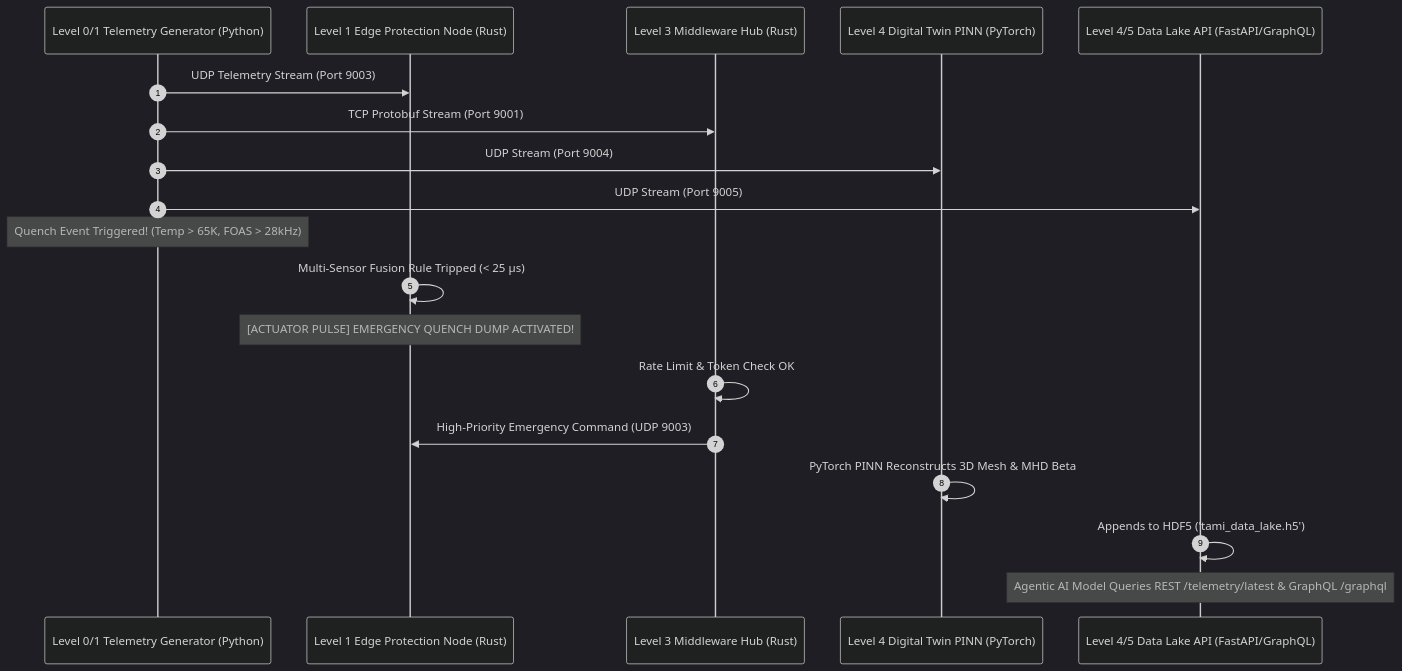
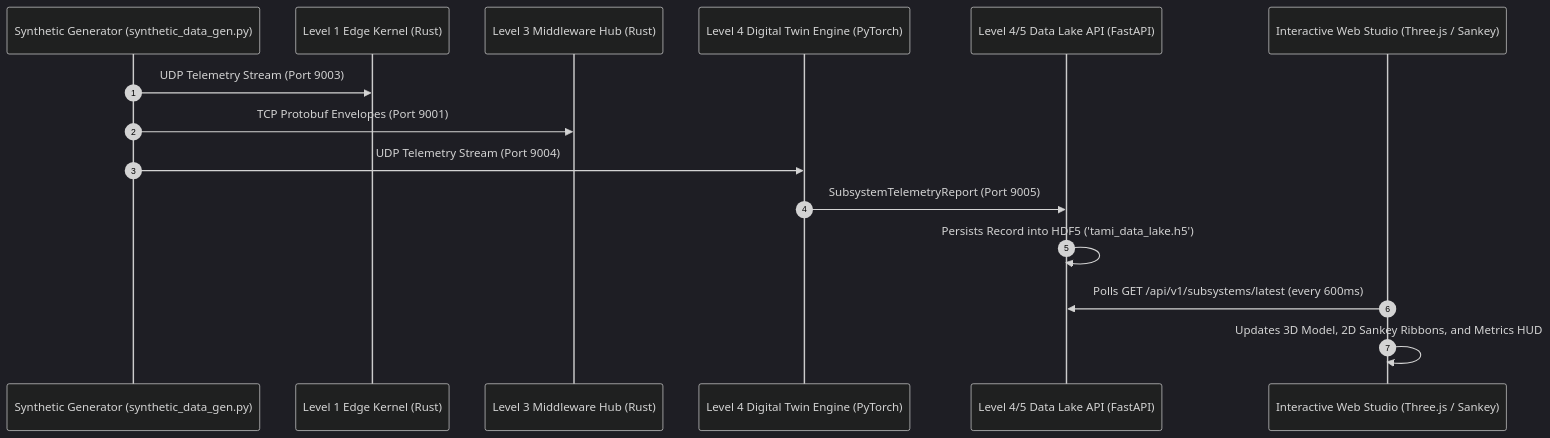
One commit to skhy-ai/tami-cama changed the sixth of 6 diagrams in TUTORIAL.md. Above: the diagram before and after it, drawn with Mermaid (dark theme). The commit also changed other lines of this file and 4 other files, not shown here.

Commit message:
feat: add interactive tutorial viewer web app, AI ingestion API, and comprehensive documentation

````diff
--- a/TUTORIAL.md
+++ b/TUTORIAL.md
@@ -369,26 +353,18 @@
 ```mermaid
 sequenceDiagram
     autonumber
-    participant Gen as Level 0/1 Telemetry Generator (Python)
-    participant Edge as Level 1 Edge Protection Node (Rust)
+    participant Gen as Synthetic Generator (synthetic_data_gen.py)
+    participant Edge as Level 1 Edge Kernel (Rust)
     participant Hub as Level 3 Middleware Hub (Rust)
-    participant Twin as Level 4 Digital Twin PINN (PyTorch)
-    participant API as Level 4/5 Data Lake API (FastAPI/GraphQL)
+    participant Twin as Level 4 Digital Twin Engine (PyTorch)
+    participant API as Level 4/5 Data Lake API (FastAPI)
+    participant Viewer as Interactive Web Studio (Three.js / Sankey)
 
     Gen->>Edge: UDP Telemetry Stream (Port 9003)
-    Gen->>Hub: TCP Protobuf Stream (Port 9001)
-    Gen->>Twin: UDP Stream (Port 9004)
-    Gen->>API: UDP Stream (Port 9005)
-
-    Note over Gen: Quench Event Triggered! (Temp > 65K, FOAS > 28kHz)
-    Edge->>Edge: Multi-Sensor Fusion Rule Tripped (< 25 µs)
-    Note over Edge: [ACTUATOR PULSE] EMERGENCY QUENCH DUMP ACTIVATED!
-    
-    Hub->>Hub: Rate Limit & Token Check OK
-    Hub->>Edge: High-Priority Emergency Command (UDP 9003)
-    
-    Twin->>Twin: PyTorch PINN Reconstructs 3D Mesh & MHD Beta
-    API->>API: Appends to HDF5 ('tami_data_lake.h5')
-    
-    Note over API: Agentic AI Model Queries REST /telemetry/latest & GraphQL /graphql
+    Gen->>Hub: TCP Protobuf Envelopes (Port 9001)
+    Gen->>Twin: UDP Telemetry Stream (Port 9004)
+    Twin->>API: SubsystemTelemetryReport (Port 9005)
+    API->>API: Persists Record into HDF5 ('tami_data_lake.h5')
+    Viewer->>API: Polls GET /api/v1/subsystems/latest (every 600ms)
+    Viewer->>Viewer: Updates 3D Model, 2D Sankey Ribbons, and Metrics HUD
 ```
````
